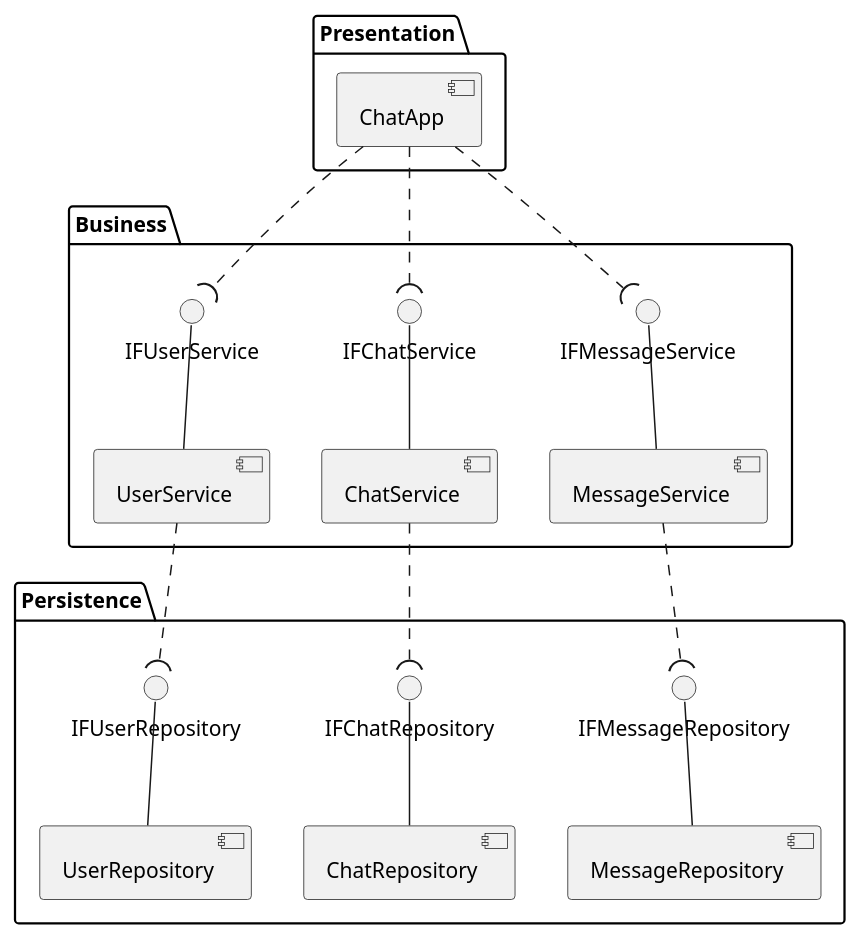
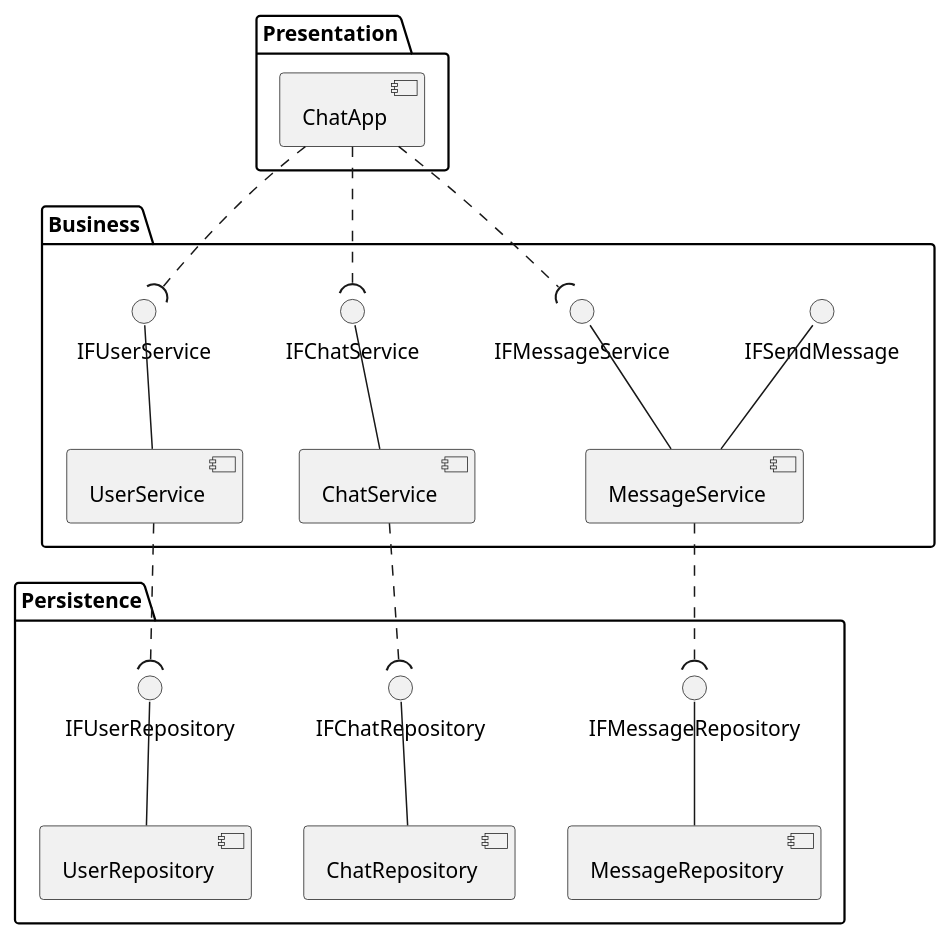
Before and after one commit to bbenno/oth-sw: the diagram in src/doc/uml-component.puml, drawn with PlantUML.

Commit message:
Add interface for other services

```diff
--- a/src/doc/uml-component.puml
+++ b/src/doc/uml-component.puml
@@ -1,31 +1,32 @@
 @startuml chat-component
 skinparam monochrome true
 ' Presentation Layer
 package "Presentation" {
     [ChatApp]
 }
 
 ' Busines (Logic) Layer
 package "Business" {
     [UserService] -up- IFUserService
     [ChatService] -up- IFChatService
     [MessageService] -up- IFMessageService
+    [MessageService] -up- IFSendMessage
 }
 
 ' Persistence Layer
 package "Persistence" {
     [UserRepository] -up- IFUserRepository
     [ChatRepository] -up- IFChatRepository
     [MessageRepository] -up- IFMessageRepository
 }
 
 ' Connect presentation layer to busines layer
 [ChatApp] .down.( IFUserService
 [ChatApp] .down.( IFChatService
 [ChatApp] .down.( IFMessageService
 
 ' Connect business layer to persistence layer
 [UserService] .down.( IFUserRepository
 [ChatService] .down.( IFChatRepository
 [MessageService] .down.( IFMessageRepository
 @enduml
```
